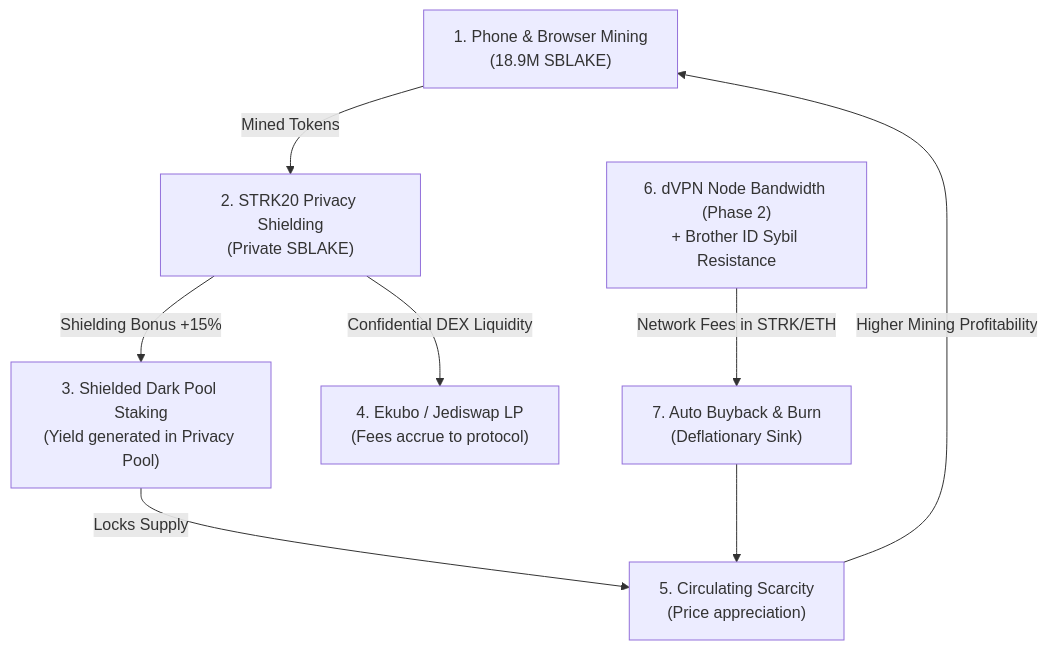
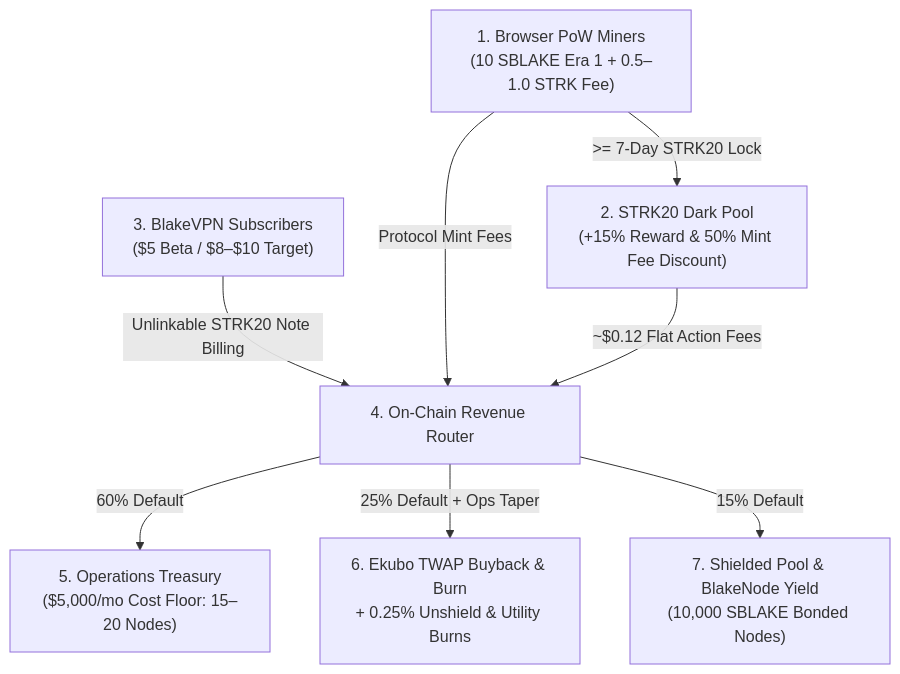
One commit to fearmexxx/blake changed the diagram in README.md. Above: the diagram before and after it, drawn with Mermaid. The commit also changed other lines of this file, not shown here.

Commit message:
docs: update README.md with BlakeVPN & BlakeNode Draft 1.1 and Invited Beta specs

````diff
--- a/README.md
+++ b/README.md
@@ -59,14 +54,11 @@
 ```mermaid
 flowchart TD
-    Mining["1. Phone & Browser Mining\n(18.9M SBLAKE)"] -->|Mined Tokens| Shielding["2. STRK20 Privacy Shielding\n(Private SBLAKE)"]
-    
-    Shielding -->|Shielding Bonus +15%| Staking["3. Shielded Dark Pool Staking\n(Yield generated in Privacy Pool)"]
-    Shielding -->|Confidential DEX Liquidity| DEX["4. Ekubo / Jediswap LP\n(Fees accrue to protocol)"]
-    
-    Staking -->|Locks Supply| Scarcity["5. Circulating Scarcity\n(Price appreciation)"]
-    
-    dVPN["6. dVPN Node Bandwidth (Phase 2)\n+ Brother ID Sybil Resistance"] -->|Network Fees in STRK/ETH| Buyback["7. Auto Buyback & Burn\n(Deflationary Sink)"]
-    
-    Buyback --> Scarcity
-    Scarcity -->|Higher Mining Profitability| Mining
+    Miners["1. Browser PoW Miners\n(10 SBLAKE Era 1 + 0.5–1.0 STRK Fee)"] -->|>= 7-Day STRK20 Lock| DarkPool["2. STRK20 Dark Pool\n(+15% Reward & 50% Mint Fee Discount)"]
+    VPNUsers["3. BlakeVPN Subscribers\n($5 Beta / $8–$10 Target)"] -->|Unlinkable STRK20 Note Billing| Router["4. On-Chain Revenue Router"]
+    Miners -->|Protocol Mint Fees| Router
+    DarkPool -->|~$0.12 Flat Action Fees| Router
+
+    Router -->|60% Default| Ops["5. Operations Treasury\n($5,000/mo Cost Floor: 15–20 Nodes)"]
+    Router -->|25% Default + Ops Taper| Burn["6. Ekubo TWAP Buyback & Burn\n+ 0.25% Unshield & Utility Burns"]
+    Router -->|15% Default| Yield["7. Shielded Pool & BlakeNode Yield\n(10,000 SBLAKE Bonded Nodes)"]
 ```
````
